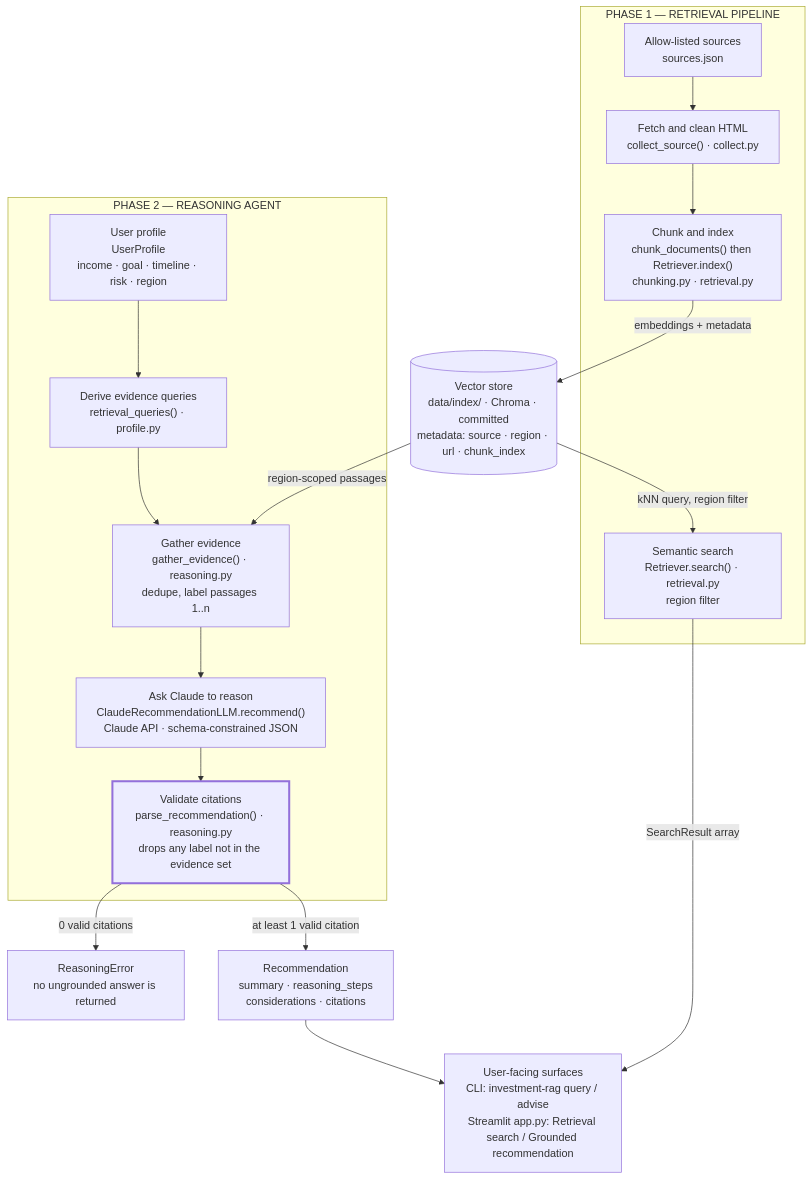
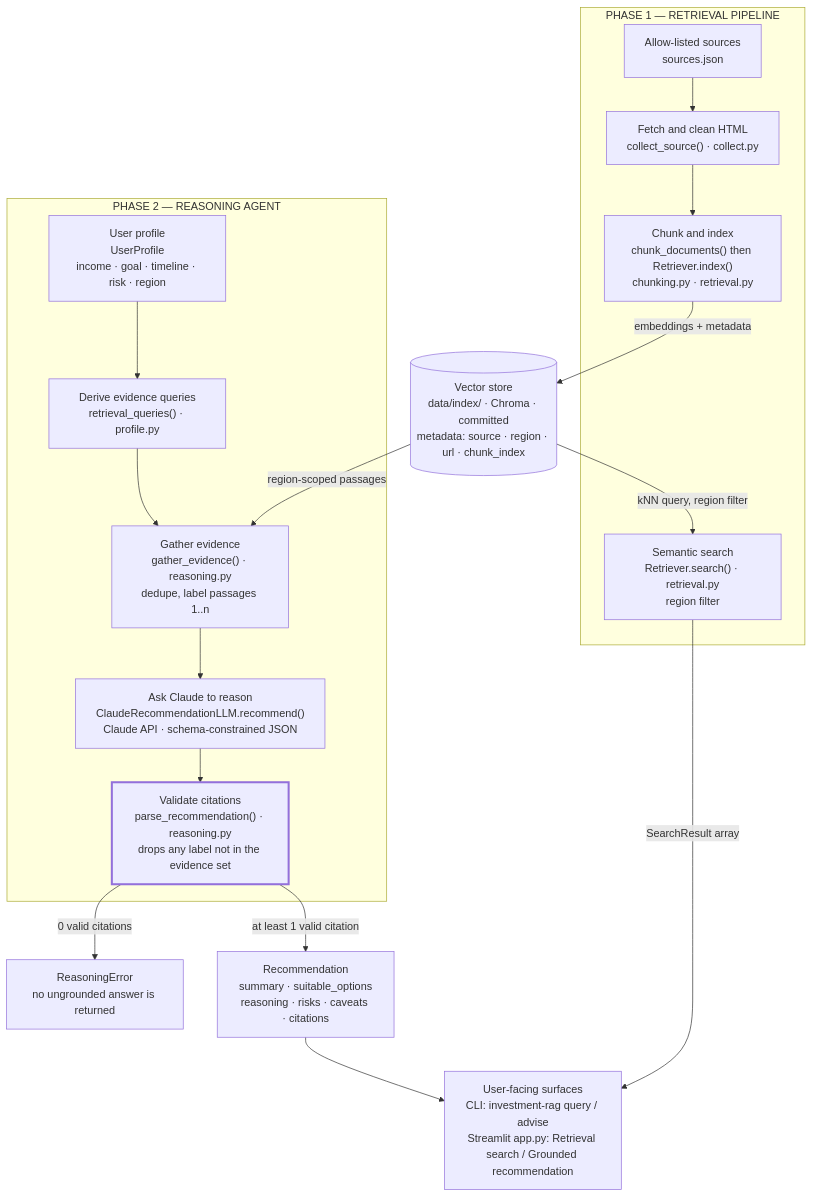
Before and after one commit to Farzaanee/pomegranate: the diagram in src/docs/architecture.md, drawn with Mermaid. The commit also changed other lines of this file and 6 other files, not shown here.

````diff
--- a/src/docs/architecture.md
+++ b/src/docs/architecture.md
@@ -19,34 +19,34 @@
 ```mermaid
 flowchart TD
     subgraph P1["PHASE 1 — RETRIEVAL PIPELINE"]
         SRC["Allow-listed sources<br/>sources.json"]
         COL["Fetch and clean HTML<br/>collect_source() · collect.py"]
         CHK["Chunk and index<br/>chunk_documents() then Retriever.index()<br/>chunking.py · retrieval.py"]
         SRCH["Semantic search<br/>Retriever.search() · retrieval.py<br/>region filter"]
         SRC --> COL --> CHK
     end
 
     STORE[("Vector store<br/>data/index/ · Chroma · committed<br/>metadata: source · region · url · chunk_index")]
 
     subgraph P2["PHASE 2 — REASONING AGENT"]
         PROF["User profile<br/>UserProfile<br/>income · goal · timeline · risk · region"]
         QRY["Derive evidence queries<br/>retrieval_queries() · profile.py"]
         GATH["Gather evidence<br/>gather_evidence() · reasoning.py<br/>dedupe, label passages 1..n"]
         LLM["Ask Claude to reason<br/>ClaudeRecommendationLLM.recommend()<br/>Claude API · schema-constrained JSON"]
         VAL["Validate citations<br/>parse_recommendation() · reasoning.py<br/>drops any label not in the evidence set"]
         PROF --> QRY --> GATH --> LLM --> VAL
     end
 
     CHK -- "embeddings + metadata" --> STORE
     STORE -- "kNN query, region filter" --> SRCH
     STORE -- "region-scoped passages" --> GATH
 
-    VAL -- "at least 1 valid citation" --> REC["Recommendation<br/>summary · reasoning_steps<br/>considerations · citations"]
+    VAL -- "at least 1 valid citation" --> REC["Recommendation<br/>summary · suitable_options<br/>reasoning · risks · caveats · citations"]
     VAL -- "0 valid citations" --> ERR["ReasoningError<br/>no ungrounded answer is returned"]
 
     SRCH -- "SearchResult array" --> UI["User-facing surfaces<br/>CLI: investment-rag query / advise<br/>Streamlit app.py: Retrieval search / Grounded recommendation"]
     REC --> UI
 
     classDef gate stroke-width:3px
     class VAL gate
 ```
````
